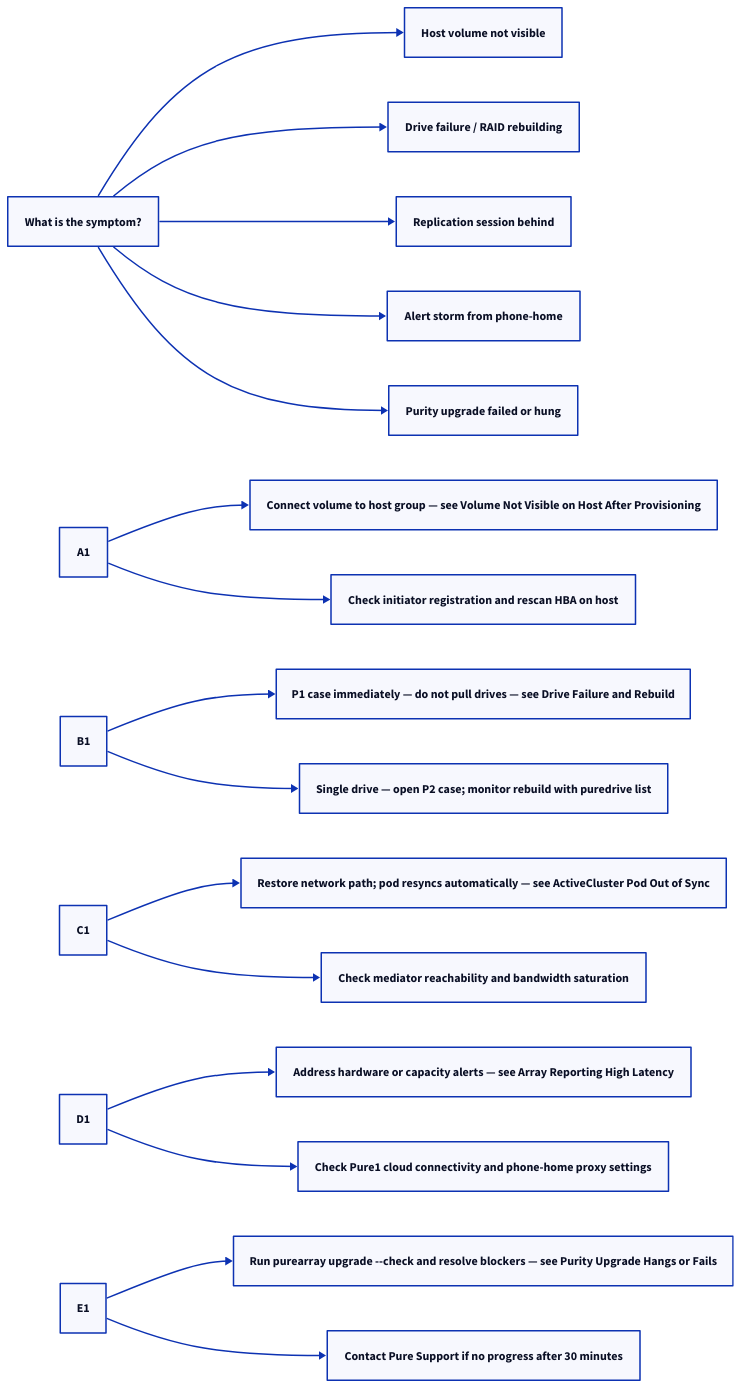
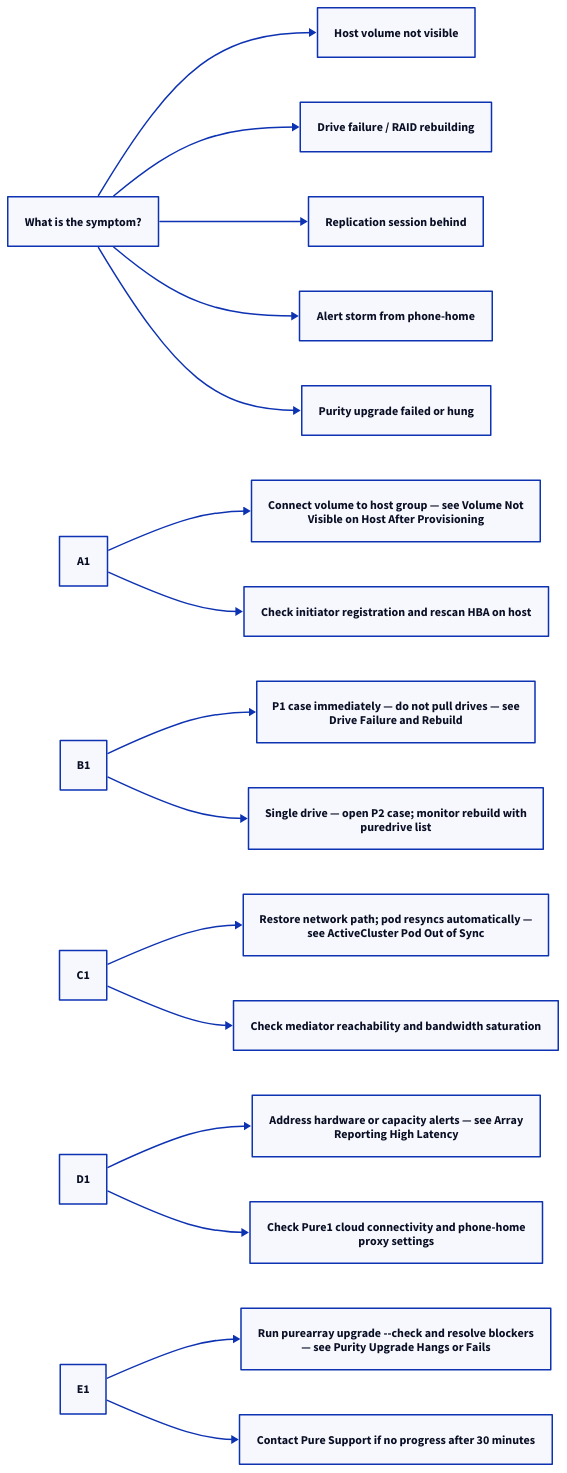
One commit to canast01/chris-kb changed the second of 4 diagrams in docs/storage/pure/flasharray/troubleshooting/common-issues.md. Above: the diagram before and after it, drawn with D2. The commit also changed 192 other files, not shown here.

````diff
--- a/docs/storage/pure/flasharray/troubleshooting/common-issues.md
+++ b/docs/storage/pure/flasharray/troubleshooting/common-issues.md
@@ -47,41 +47,41 @@
 ```d2
 direction: right
 
 S: "What is the symptom?" {shape: rectangle}
 A: "Host volume not visible" {shape: rectangle}
 B: "Drive failure / RAID rebuilding" {shape: rectangle}
 C: "Replication session behind" {shape: rectangle}
 D: "Alert storm from phone-home" {shape: rectangle}
 E: "Purity upgrade failed or hung" {shape: rectangle}
 A1: "A1" {shape: rectangle}
-A2: "Connect volume to host group — see Volume Not Visible on Host After Provisioning" {shape: rectangle}
+A2: "Connect volume to host group — see Volume Not\nVisible on Host After Provisioning" {shape: rectangle}
 A3: "Check initiator registration and rescan HBA on host" {shape: rectangle}
 B1: "B1" {shape: rectangle}
-B2: "P1 case immediately — do not pull drives — see Drive Failure and Rebuild" {shape: rectangle}
-B3: "Single drive — open P2 case; monitor rebuild with puredrive list" {shape: rectangle}
+B2: "P1 case immediately — do not pull drives — see\nDrive Failure and Rebuild" {shape: rectangle}
+B3: "Single drive — open P2 case; monitor rebuild with\npuredrive list" {shape: rectangle}
 C1: "C1" {shape: rectangle}
-C2: "Restore network path; pod resyncs automatically — see ActiveCluster Pod Out of Sync" {shape: rectangle}
+C2: "Restore network path; pod resyncs automatically —\nsee ActiveCluster Pod Out of Sync" {shape: rectangle}
 C3: "Check mediator reachability and bandwidth saturation" {shape: rectangle}
 D1: "D1" {shape: rectangle}
-D2: "Address hardware or capacity alerts — see Array Reporting High Latency" {shape: rectangle}
-D3: "Check Pure1 cloud connectivity and phone-home proxy settings" {shape: rectangle}
+D2: "Address hardware or capacity alerts — see Array\nReporting High Latency" {shape: rectangle}
+D3: "Check Pure1 cloud connectivity and phone-home\nproxy settings" {shape: rectangle}
 E1: "E1" {shape: rectangle}
-E2: "Run purearray upgrade --check and resolve blockers — see Purity Upgrade Hangs or Fails" {shape: rectangle}
+E2: "Run purearray upgrade --check and resolve blockers\n— see Purity Upgrade Hangs or Fails" {shape: rectangle}
 E3: "Contact Pure Support if no progress after 30 minutes" {shape: rectangle}
 
 S -> A
 S -> B
 S -> C
 S -> D
 S -> E
 A1 -> A2
 A1 -> A3
 B1 -> B2
 B1 -> B3
 C1 -> C2
 C1 -> C3
 D1 -> D2
 D1 -> D3
 E1 -> E2
 E1 -> E3
 ```
````
